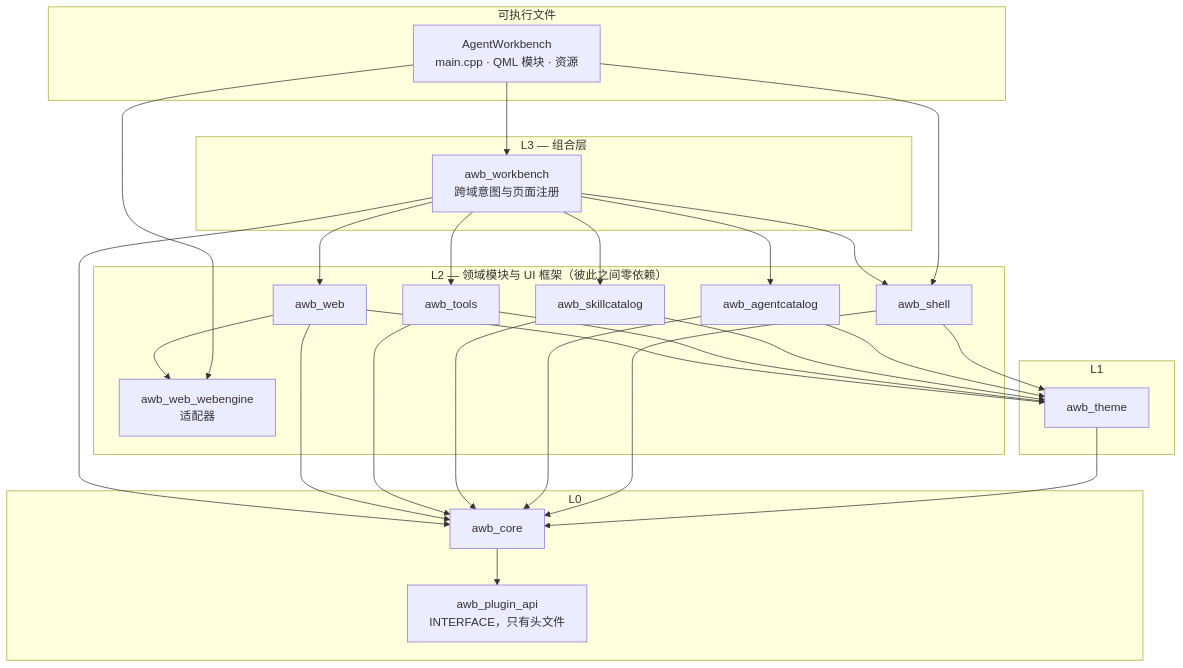
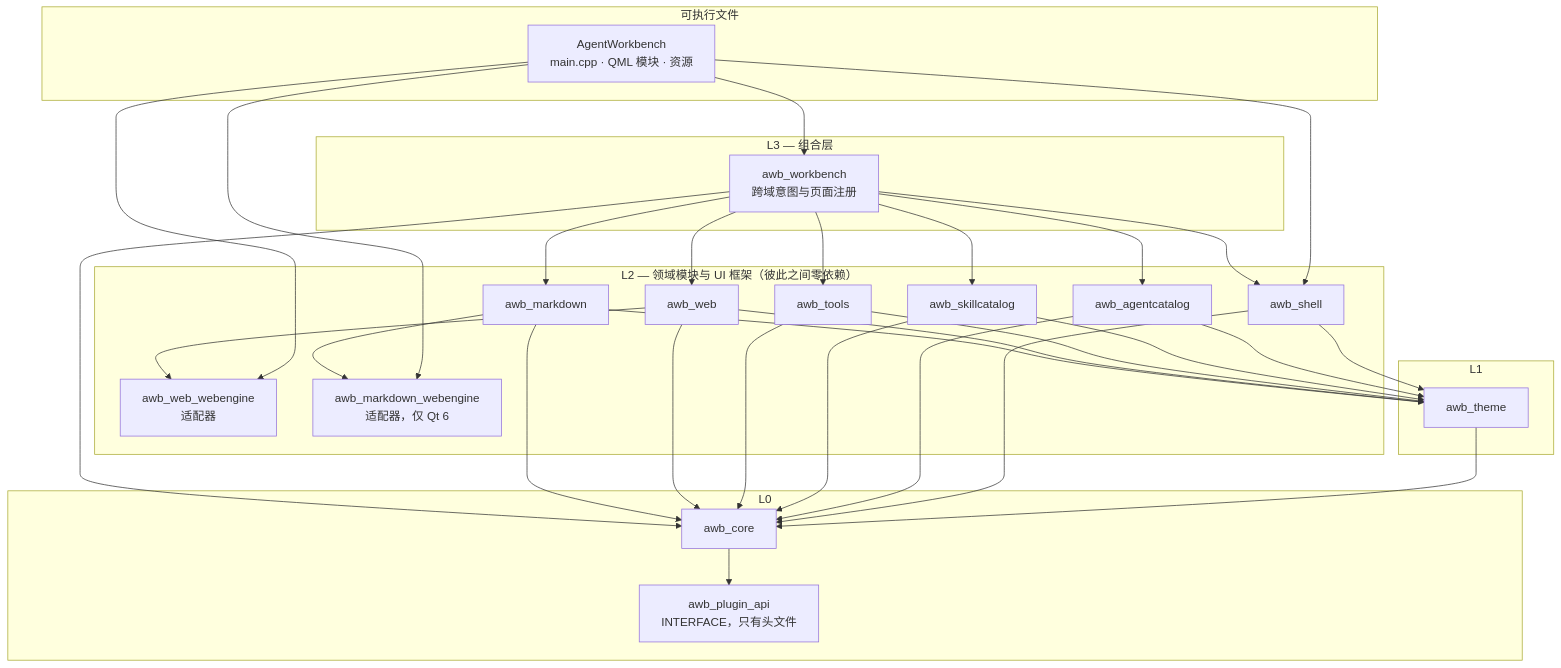
Before and after one commit to czyt1988/AgentWorkbench: the diagram in docs/zh/architecture/分层与依赖.md, drawn with Mermaid. The commit also changed other lines of this file and 36 other files, not shown here.

````diff
--- a/docs/zh/architecture/分层与依赖.md
+++ b/docs/zh/architecture/分层与依赖.md
@@ -9,47 +9,54 @@
 ```mermaid
 flowchart TB
     subgraph L_exe["可执行文件"]
         app["AgentWorkbench<br/>main.cpp · QML 模块 · 资源"]
     end
     subgraph L3["L3 — 组合层"]
         workbench["awb_workbench<br/>跨域意图与页面注册"]
     end
     subgraph L2["L2 — 领域模块与 UI 框架（彼此之间零依赖）"]
         shell["awb_shell"]
         agentcatalog["awb_agentcatalog"]
         skillcatalog["awb_skillcatalog"]
         tools["awb_tools"]
         web["awb_web"]
         webengine["awb_web_webengine<br/>适配器"]
+        markdown["awb_markdown"]
+        mdwebengine["awb_markdown_webengine<br/>适配器，仅 Qt 6"]
     end
     subgraph L1["L1"]
         theme["awb_theme"]
     end
     subgraph L0["L0"]
         core["awb_core"]
         pluginapi["awb_plugin_api<br/>INTERFACE，只有头文件"]
     end
 
     app --> workbench
     app --> shell
     app --> webengine
+    app --> mdwebengine
     workbench --> shell
     workbench --> agentcatalog
     workbench --> skillcatalog
     workbench --> tools
     workbench --> web
+    workbench --> markdown
     web --> webengine
+    markdown --> mdwebengine
     shell --> theme
     agentcatalog --> theme
     skillcatalog --> theme
     tools --> theme
     web --> theme
+    markdown --> theme
     theme --> core
     shell --> core
     agentcatalog --> core
     skillcatalog --> core
     tools --> core
     web --> core
+    markdown --> core
     workbench --> core
     core --> pluginapi
 ```
````
